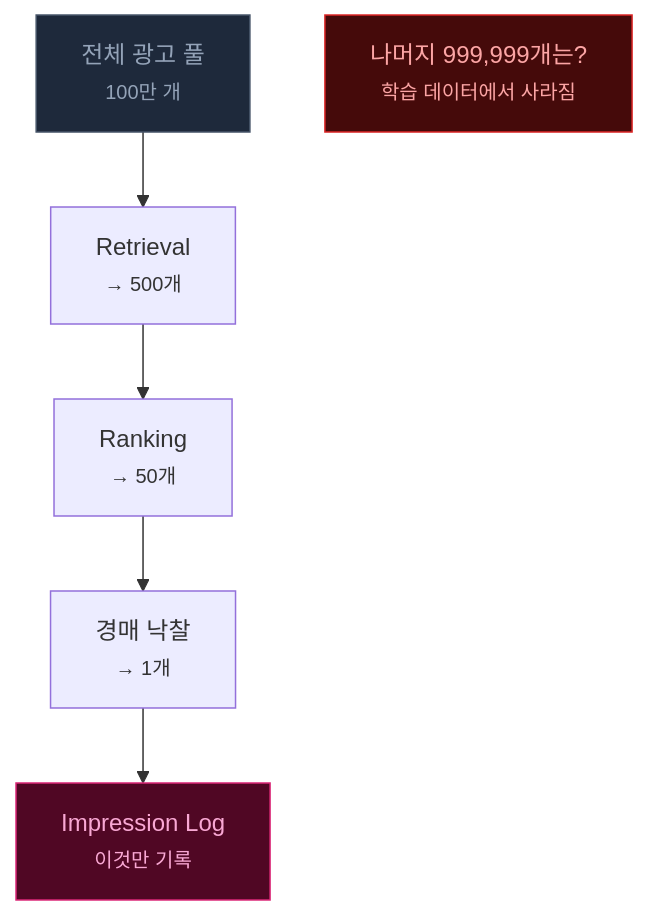
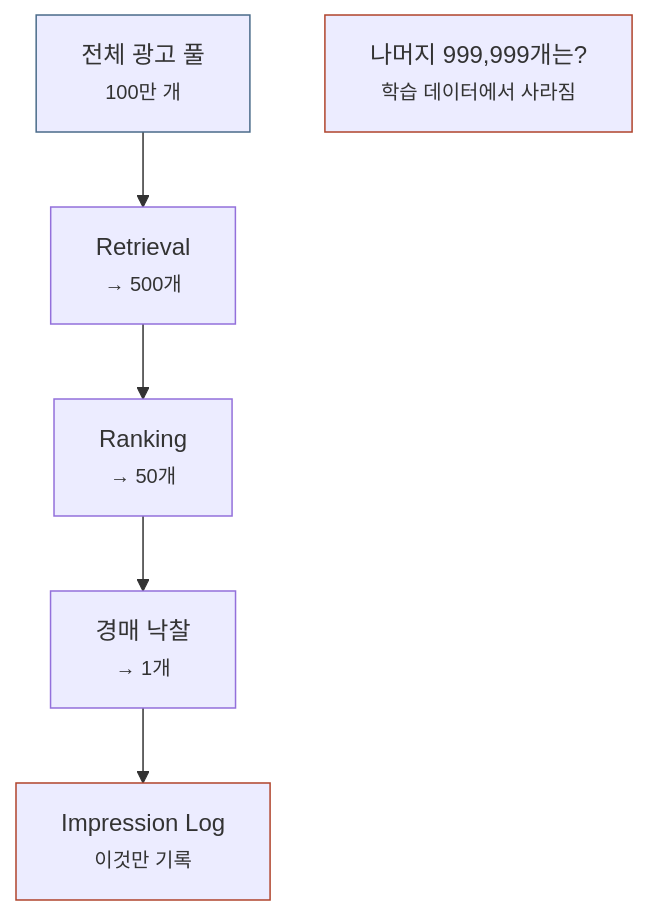
One commit to chkimsu/adtech-blog changed the second of 5 diagrams in posts/ad-log-system.md. Above: the diagram before and after it, drawn with Mermaid. The commit also changed other lines of this file and 40 other files, not shown here.

````diff
--- a/posts/ad-log-system.md
+++ b/posts/ad-log-system.md
@@ -239,13 +239,13 @@
 ```mermaid
 graph TD
     A["전체 광고 풀<br/><small>100만 개</small>"] --> B["Retrieval<br/><small>→ 500개</small>"]
     B --> C["Ranking<br/><small>→ 50개</small>"]
     C --> D["경매 낙찰<br/><small>→ 1개</small>"]
     D --> E["Impression Log<br/><small>이것만 기록</small>"]
 
-    style A fill:#1e293b,stroke:#475569,color:#94a3b8
-    style E fill:#500724,stroke:#db2777,color:#f9a8d4
+    style A stroke:#4a6b8a
+    style E stroke:#b0442c
 
     F["나머지 999,999개는?<br/><small>학습 데이터에서 사라짐</small>"]
-    style F fill:#450a0a,stroke:#dc2626,color:#fca5a5
+    style F stroke:#b0442c
 ```
````
